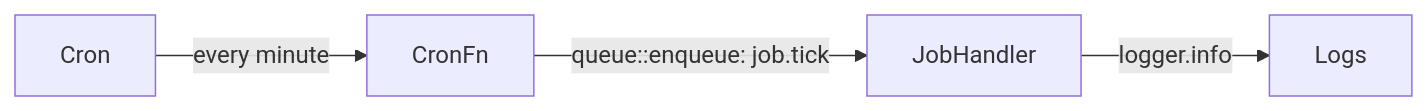
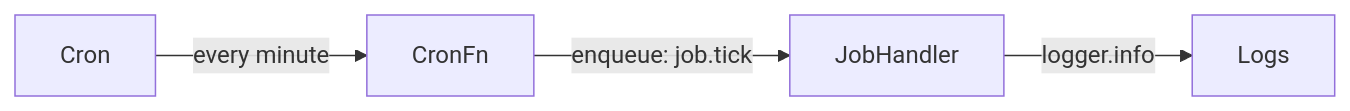
One commit to iii-hq/docs changed the diagram in content/examples/cron.mdx. Above: the diagram before and after it, drawn with Mermaid. The commit also changed other lines of this file and 27 other files, not shown here.

````diff
--- a/content/examples/cron.mdx
+++ b/content/examples/cron.mdx
@@ -9,6 +9,6 @@
 ```mermaid
 graph LR
     Cron -->|"every minute"| CronFn
-    CronFn -->|"queue::enqueue: job.tick"| JobHandler
+    CronFn -->|"enqueue: job.tick"| JobHandler
     JobHandler -->|"logger.info"| Logs
 ```
````
